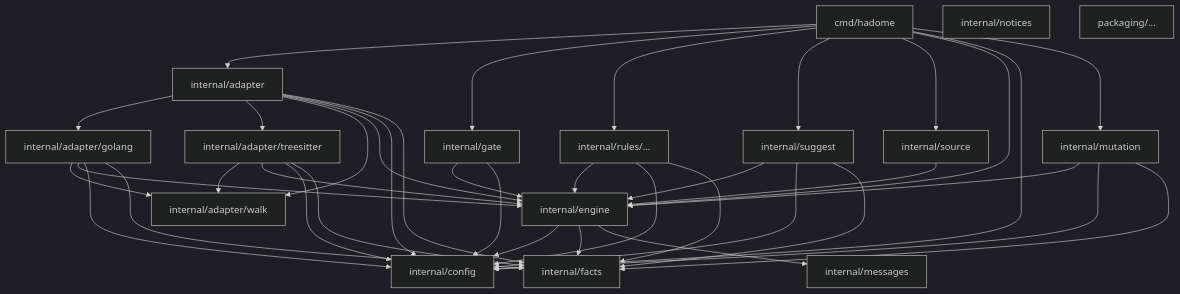
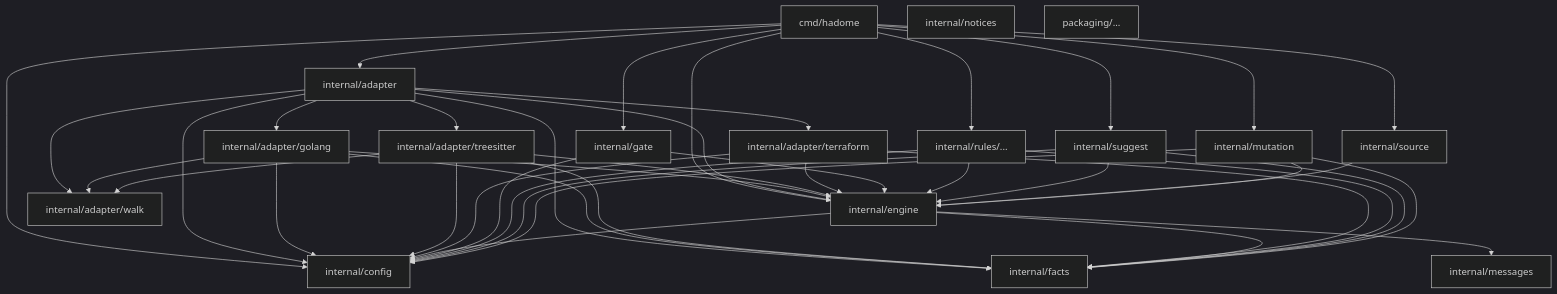
Before and after one commit to rerorets/hadome: the diagram in docs/design/dependencies.ja.md, drawn with Mermaid (dark theme). The commit also changed 28 other files, not shown here.

````diff
--- a/docs/design/dependencies.ja.md
+++ b/docs/design/dependencies.ja.md
@@ -5,17 +5,17 @@
 ```mermaid
 flowchart TB
   cmd["cmd/hadome"] --> adapter["internal/adapter"] & gate["internal/gate"] & rules["internal/rules/..."]
   cmd --> suggest["internal/suggest"] & source["internal/source"] & engine["internal/engine"] & config["internal/config"]
   cmd --> mutation["internal/mutation"]
-  adapter --> golang["internal/adapter/golang"] & treesitter["internal/adapter/treesitter"]
+  adapter --> golang["internal/adapter/golang"] & treesitter["internal/adapter/treesitter"] & terraform["internal/adapter/terraform"]
   adapter & golang & treesitter --> walk["internal/adapter/walk"]
-  adapter & golang & treesitter --> engine & config & facts["internal/facts"]
+  adapter & golang & treesitter & terraform --> engine & config & facts["internal/facts"]
   engine --> config & facts & messages["internal/messages"]
   gate --> engine & config
   rules --> engine & config & facts
   suggest --> engine & config & facts
   source --> engine
   mutation --> engine & config & facts
   notices["internal/notices"]
   packaging["packaging/..."]
 ```
````
